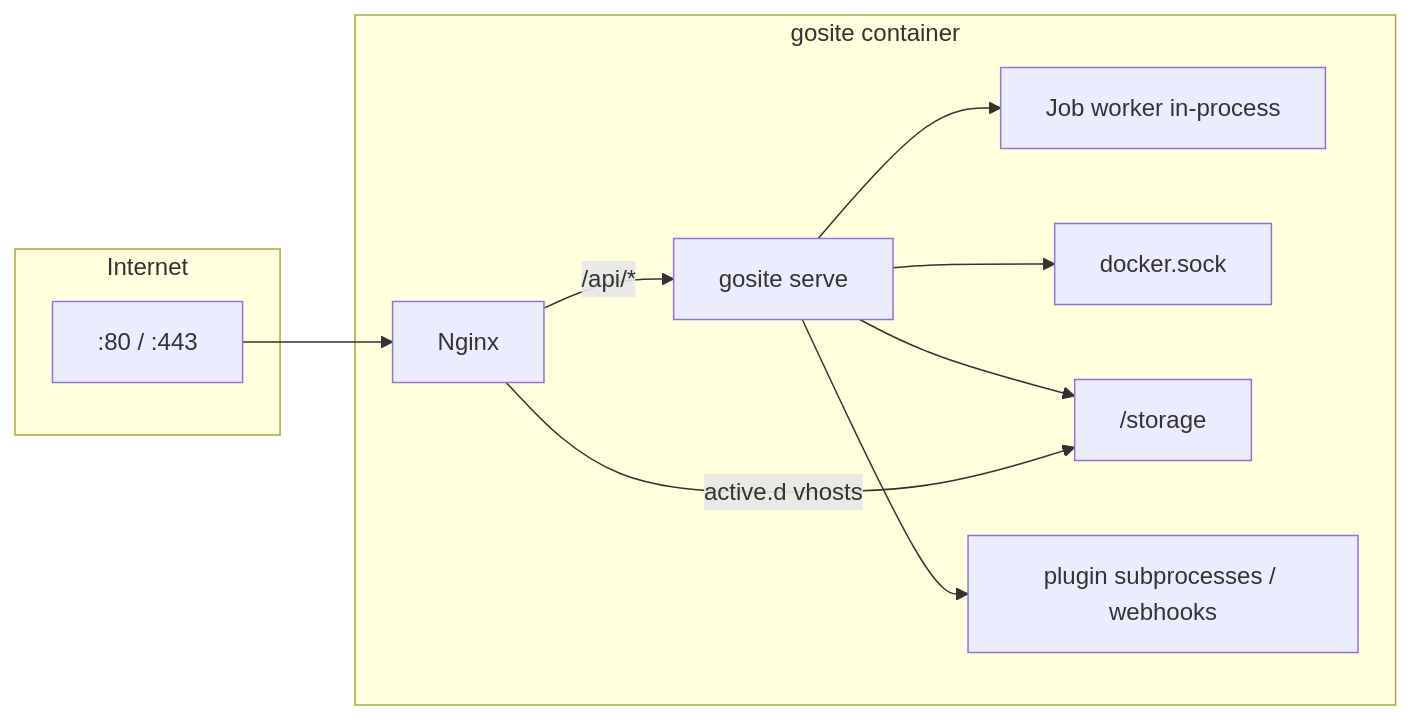
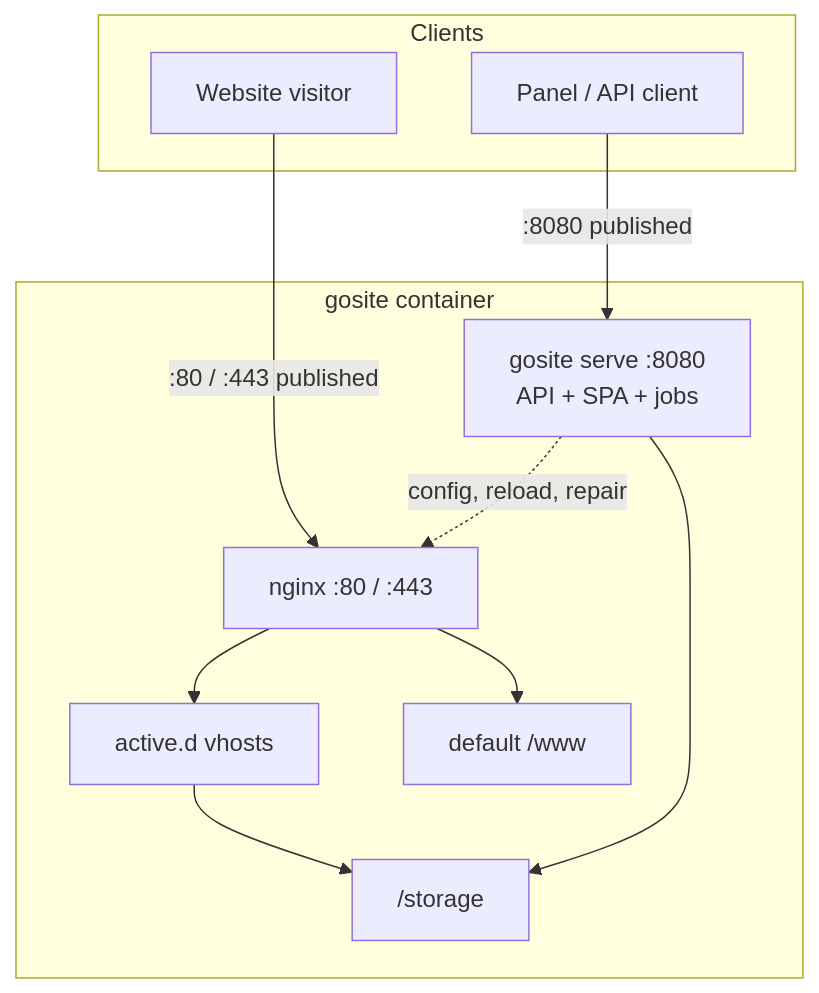
One commit to jahrulnr/GoSite changed the diagram in docs/architecture.md. Above: the diagram before and after it, drawn with Mermaid. The commit also changed other lines of this file and 11 other files, not shown here.

First line of the commit message:
docs: fix traffic model — panel :8080 parallel to nginx websites

````diff
--- a/docs/architecture.md
+++ b/docs/architecture.md
@@ -16,23 +22,23 @@
 ```mermaid
-flowchart LR
-    subgraph Internet
-        P80[":80 / :443"]
+flowchart TB
+    subgraph Clients
+        Panel["Panel / API client"]
+        Visitor["Website visitor"]
     end
 
     subgraph Container["gosite container"]
-        NGX[Nginx]
-        APP[gosite serve]
-        WORKER[Job worker in-process]
-        SOCK[docker.sock]
+        APP["gosite serve :8080\nAPI + SPA + jobs"]
+        NGX["nginx :80 / :443"]
+        VHOST["active.d vhosts"]
+        WWW["default /www"]
         STG["/storage"]
-        PLG["plugin subprocesses / webhooks"]
     end
 
-    P80 --> NGX
-    NGX -->|"/api/*"| APP
-    NGX -->|active.d vhosts| STG
+    Panel -->|":8080 published"| APP
+    Visitor -->|":80 / :443 published"| NGX
+    NGX --> VHOST
+    NGX --> WWW
+    VHOST --> STG
     APP --> STG
-    APP --> WORKER
-    APP --> SOCK
-    APP --> PLG["plugin subprocesses / webhooks"]
+    APP -.->|"config, reload, repair"| NGX
 ```
````
